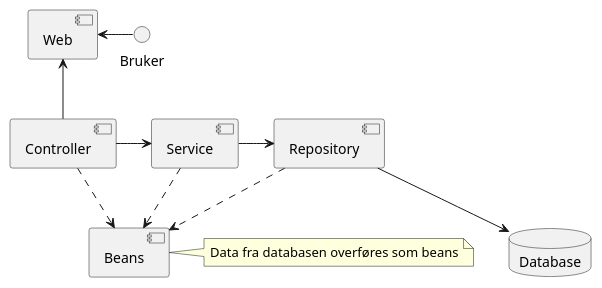
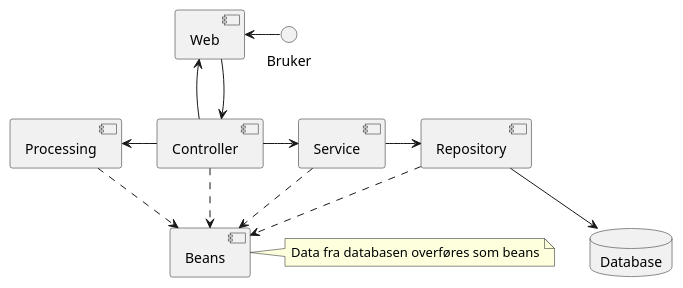
Before and after one commit to trulsma/DAT109_Prosjekt: the diagram in Diagrammer/KomponentDiagram.puml, drawn with PlantUML.

Commit message:
Små endringer i KomponentDiagram

```diff
--- a/Diagrammer/KomponentDiagram.puml
+++ b/Diagrammer/KomponentDiagram.puml
@@ -1,27 +1,32 @@
 @startuml
 
 Bruker -left-> [Web]
 
 [Controller] ..> [Beans]
 
 [Controller] -right-> [Service]
 
 [Controller] -up-> [Web]
+[Web] -down-> [Controller]
+
+[Controller] -left-> [Processing]
+
+[Processing] ..> [Beans]
 
 [Repository] ..> [Beans]
 
 [Repository] --> Database
 
 [Service] ..> [Beans]
 
 [Service] -right-> [Repository]
 
 database "Database"{
 }
 
 
 note right of [Beans]
     Data fra databasen overføres som beans
 end note
 
 @enduml
```
